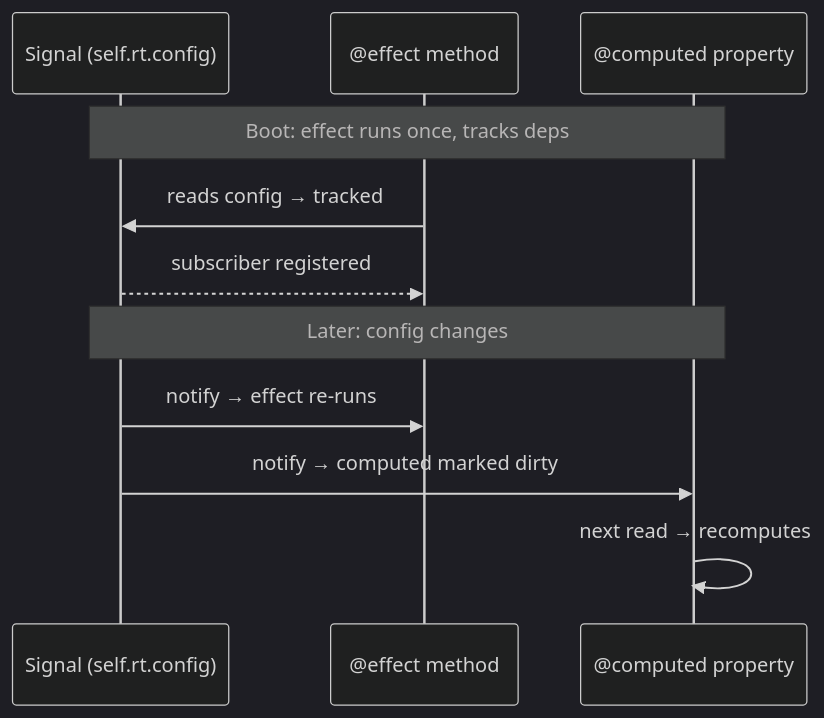
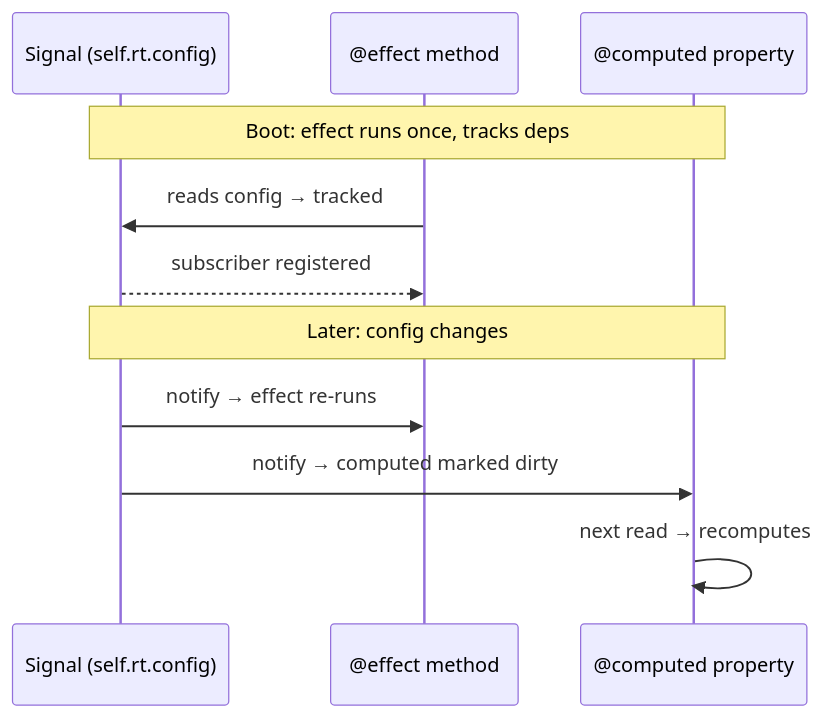
One commit to bayeslearner/plugkit changed the diagram in docs/index.qmd. Above: the diagram before and after it, drawn with Mermaid. The commit also changed other lines of this file and 9 other files, not shown here.

````diff
--- a/docs/index.qmd
+++ b/docs/index.qmd
@@ -47,16 +47,15 @@
 ```{mermaid}
-%%{init: {'theme': 'dark', 'themeVariables': {'primaryColor': '#242836', 'primaryTextColor': '#e2e4ea', 'primaryBorderColor': '#6c8cff', 'lineColor': '#8b8fa3', 'secondaryColor': '#1a1d27', 'tertiaryColor': '#1a1d27'}}}%%
 sequenceDiagram
     participant S as Signal (self.rt.config)
     participant E as @effect method
     participant C as @computed property
 
     Note over S,C: Boot: effect runs once, tracks deps
     E->>S: reads config → tracked
     S-->>E: subscriber registered
 
     Note over S,C: Later: config changes
     S->>E: notify → effect re-runs
     S->>C: notify → computed marked dirty
     C->>C: next read → recomputes
 ```
````
